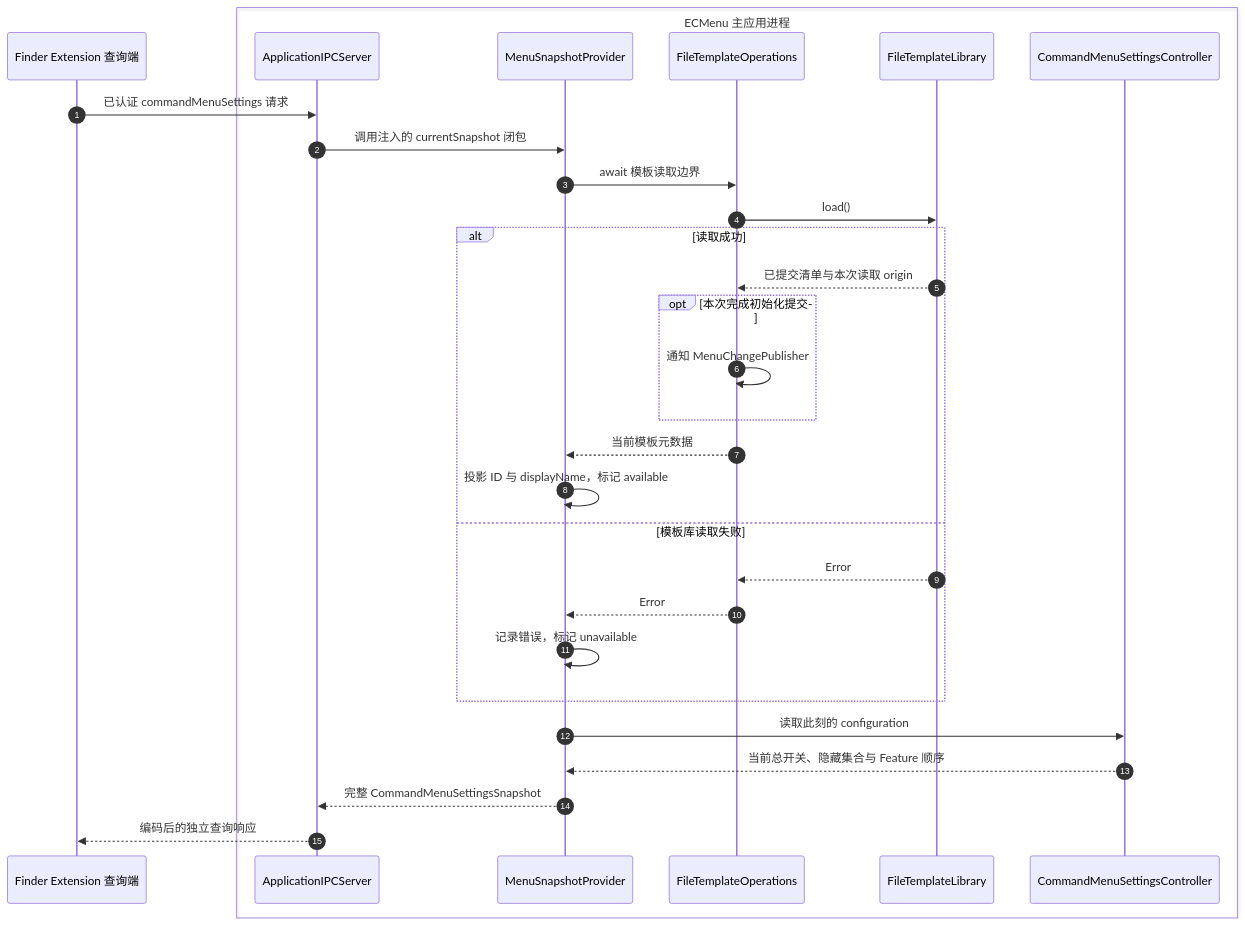
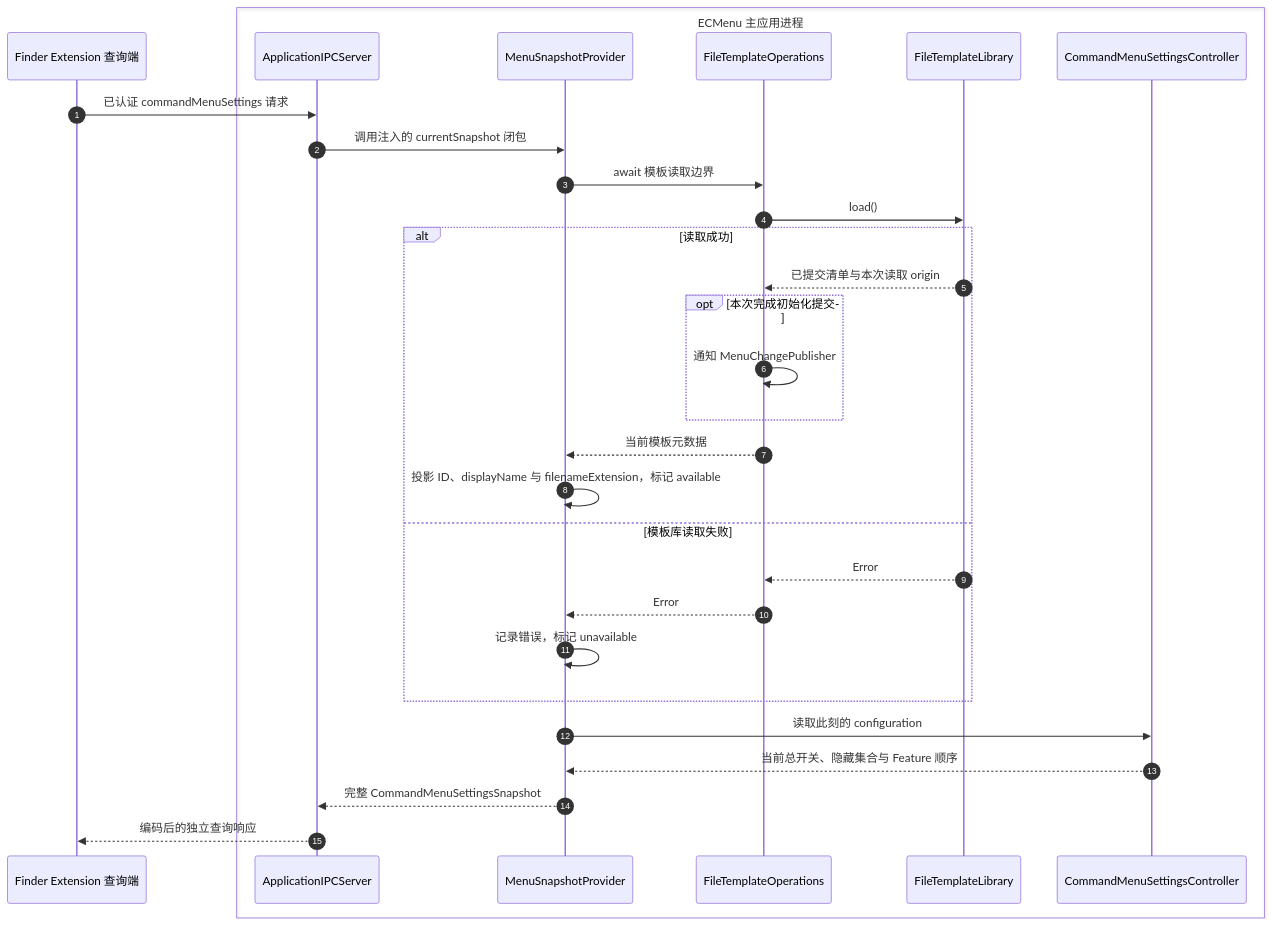
Before and after one commit to tlb-22/mac-tool-ecmenu: the second of 2 diagrams in spec/Technical/Runtime/CommandMenuSettings.md, drawn with Mermaid. The commit also changed other lines of this file and 25 other files, not shown here.

````diff
--- a/spec/Technical/Runtime/CommandMenuSettings.md
+++ b/spec/Technical/Runtime/CommandMenuSettings.md
@@ -79,32 +79,32 @@
 ```mermaid
 sequenceDiagram
     autonumber
     participant E as Finder Extension 查询端
     box ECMenu 主应用进程
         participant I as ApplicationIPCServer
         participant P as MenuSnapshotProvider
         participant T as FileTemplateOperations
         participant L as FileTemplateLibrary
         participant C as CommandMenuSettingsController
     end
     E->>I: 已认证 commandMenuSettings 请求
     I->>P: 调用注入的 currentSnapshot 闭包
     P->>T: await 模板读取边界
     T->>L: load()
     alt 读取成功
         L-->>T: 已提交清单与本次读取 origin
         opt 本次完成初始化提交
             T->>T: 通知 MenuChangePublisher
         end
         T-->>P: 当前模板元数据
-        P->>P: 投影 ID 与 displayName，标记 available
+        P->>P: 投影 ID、displayName 与 filenameExtension，标记 available
     else 模板库读取失败
         L-->>T: Error
         T-->>P: Error
         P->>P: 记录错误，标记 unavailable
     end
     P->>C: 读取此刻的 configuration
     C-->>P: 当前总开关、隐藏集合与 Feature 顺序
     P-->>I: 完整 CommandMenuSettingsSnapshot
     I-->>E: 编码后的独立查询响应
 ```
````
